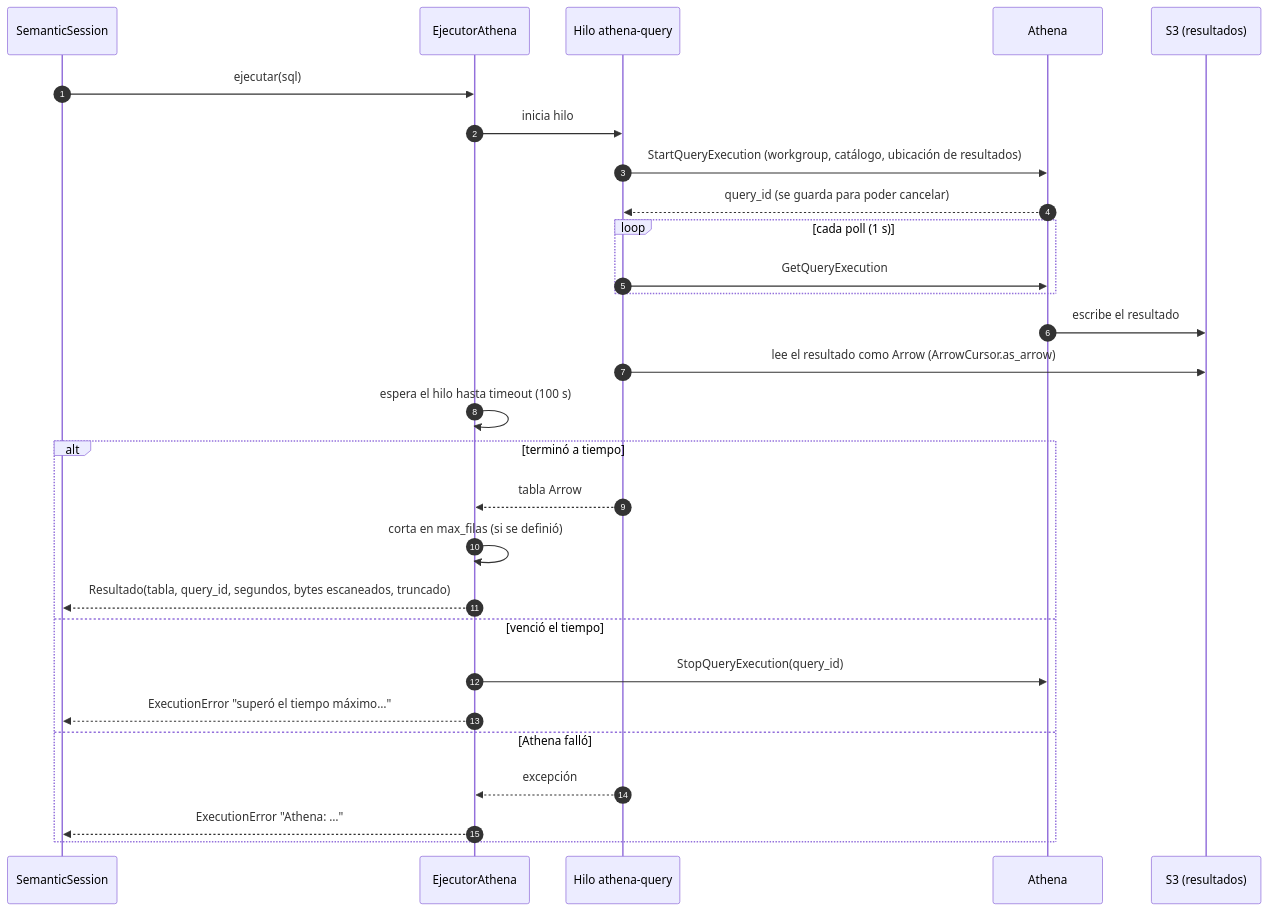
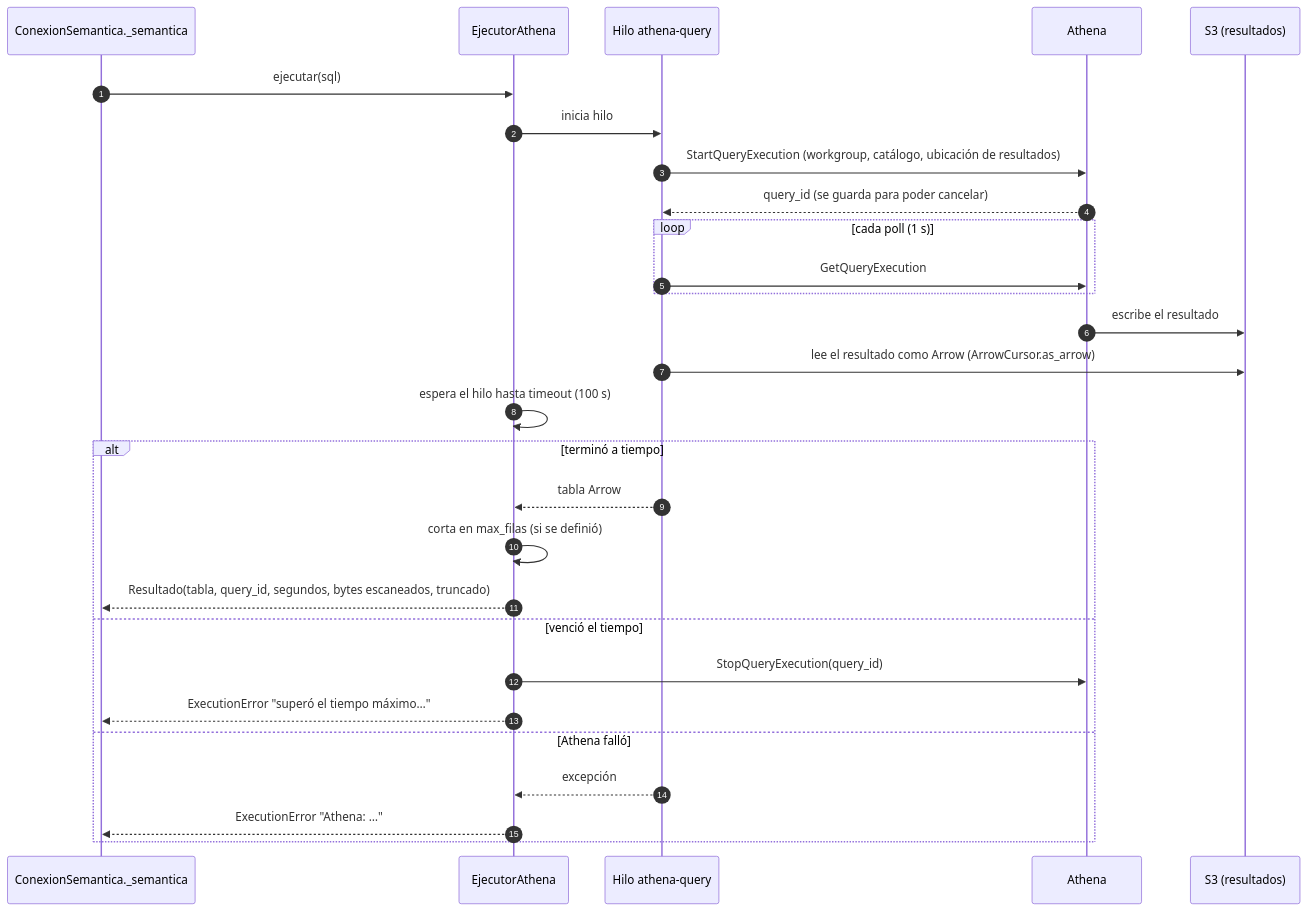
Before and after one commit to Rodarami/dbt-semantic-layer: the seventh of 8 diagrams in docs/arquitectura_gateway.md, drawn with Mermaid. The commit also changed other lines of this file and 24 other files, not shown here.

````diff
--- a/docs/arquitectura_gateway.md
+++ b/docs/arquitectura_gateway.md
@@ -414,31 +430,31 @@
 ```mermaid
 sequenceDiagram
     autonumber
-    participant S as SemanticSession
+    participant S as ConexionSemantica._semantica
     participant E as EjecutorAthena
     participant T as Hilo athena-query
     participant A as Athena
     participant R as S3 (resultados)
 
     S->>E: ejecutar(sql)
     E->>T: inicia hilo
     T->>A: StartQueryExecution (workgroup, catálogo, ubicación de resultados)
     A-->>T: query_id (se guarda para poder cancelar)
     loop cada poll (1 s)
         T->>A: GetQueryExecution
     end
     A->>R: escribe el resultado
     T->>R: lee el resultado como Arrow (ArrowCursor.as_arrow)
     E->>E: espera el hilo hasta timeout (100 s)
     alt terminó a tiempo
         T-->>E: tabla Arrow
         E->>E: corta en max_filas (si se definió)
         E-->>S: Resultado(tabla, query_id, segundos, bytes escaneados, truncado)
     else venció el tiempo
         E->>A: StopQueryExecution(query_id)
         E-->>S: ExecutionError "superó el tiempo máximo…"
     else Athena falló
         T-->>E: excepción
         E-->>S: ExecutionError "Athena: …"
     end
 ```
````
